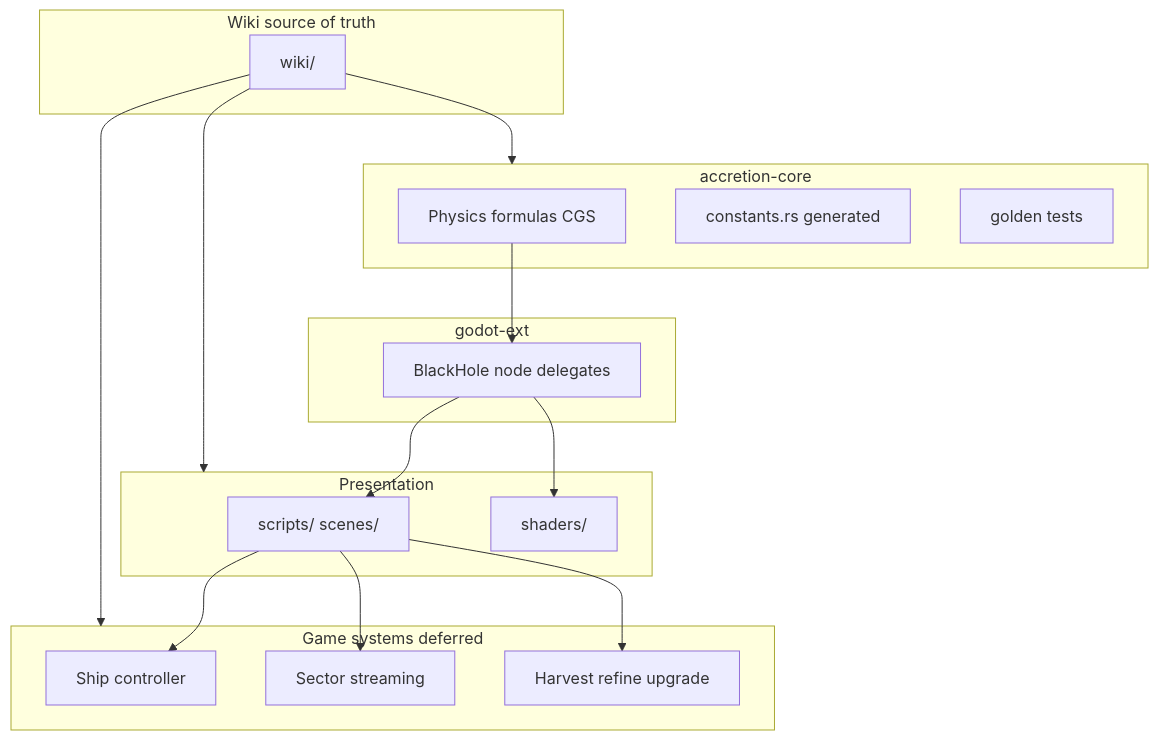
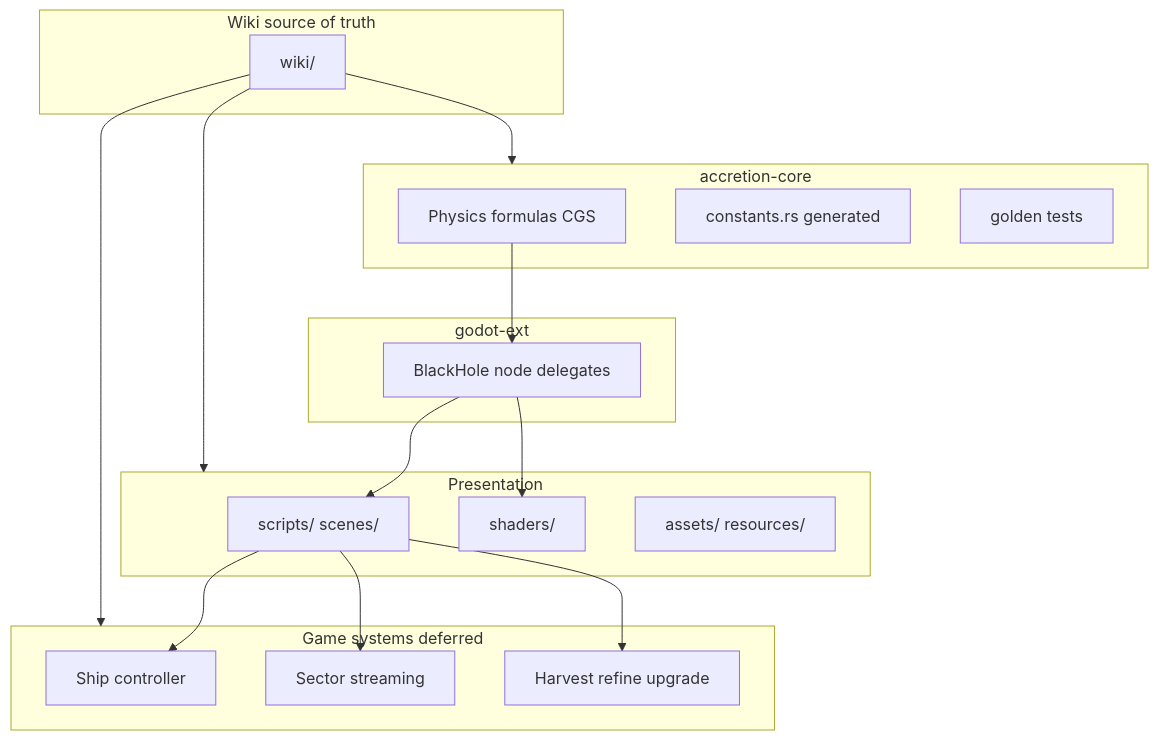
The diagram in wiki/architecture/overview.md (ysSemanticSystems/accretion), drawn with Mermaid before and after one commit. The commit also changed other lines of this file and 96 other files, not shown here.

First line of the commit message:
Ship play slice: depot loop, graphics pipeline, and motion polish.

````diff
--- a/wiki/architecture/overview.md
+++ b/wiki/architecture/overview.md
@@ -12,32 +12,33 @@
 ```mermaid
 flowchart TB
   subgraph wikiLayer [Wiki source of truth]
     Wiki[wiki/]
   end
   subgraph coreLayer [accretion-core]
     Physics[Physics formulas CGS]
     Constants[constants.rs generated]
     Tests[golden tests]
   end
   subgraph binding [godot-ext]
     BlackHole[BlackHole node delegates]
   end
   subgraph presentation [Presentation]
     GDScript[scripts/ scenes/]
     Shaders[shaders/]
+    Assets[assets/ resources/]
   end
   subgraph gameSystems [Game systems deferred]
     Ship[Ship controller]
     Sectors[Sector streaming]
     Harvest[Harvest refine upgrade]
   end
   Wiki --> coreLayer
   Wiki --> presentation
   Wiki --> gameSystems
   Physics --> BlackHole
   BlackHole --> GDScript
   BlackHole --> Shaders
   GDScript --> Ship
   GDScript --> Sectors
   GDScript --> Harvest
 ```
````
